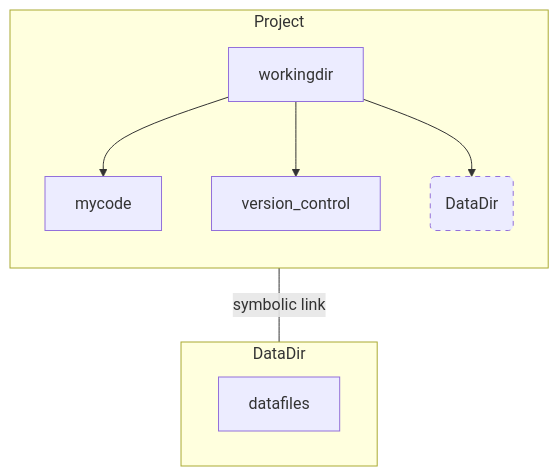
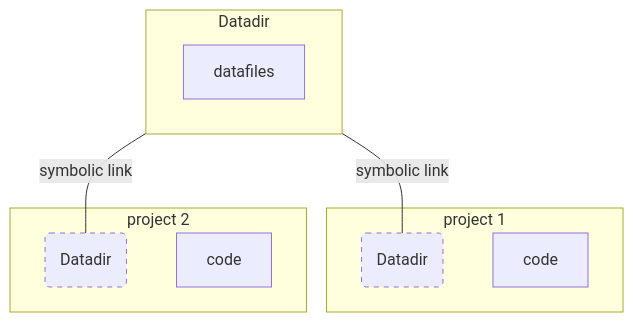
Before and after one commit to victorfeagins/Intro_to_Simlinks: the fifth of 5 diagrams in Symbolic_Links.qmd, drawn with Mermaid. The commit also changed other lines of this file, not shown here.

Commit message:
Finishing Up
Need to figure out how to make author have more info

````diff
--- a/Symbolic_Links.qmd
+++ b/Symbolic_Links.qmd
@@ -168,17 +169,20 @@
 ```{mermaid}
 %%| label: fig-MovingFiles
 %%| fig-cap: |
 %%|   Symbolic link to data directory
 flowchart TB
-  subgraph p2 [DataDir]
+  subgraph Datadir
   datafiles
   end
- 
-  subgraph p1 [Project]
-  direction TB
-  workingdir --> mycode & version_control & DataDir(DataDir)
-  
-  style DataDir stroke-dasharray: 5 5
+  Datadir --- |symbolic link| ghost1 & ghost2
+  subgraph p1[project 1]
+  code1[code]
+  ghost1(Datadir)
+  style ghost1 stroke-dasharray: 5 5
   end
-  DataDir ---|symbolic link| p2
+  subgraph p2[project 2]
+  code2[code]
+  ghost2(Datadir)
+  style ghost2 stroke-dasharray: 5 5
+  end
 ```
````
